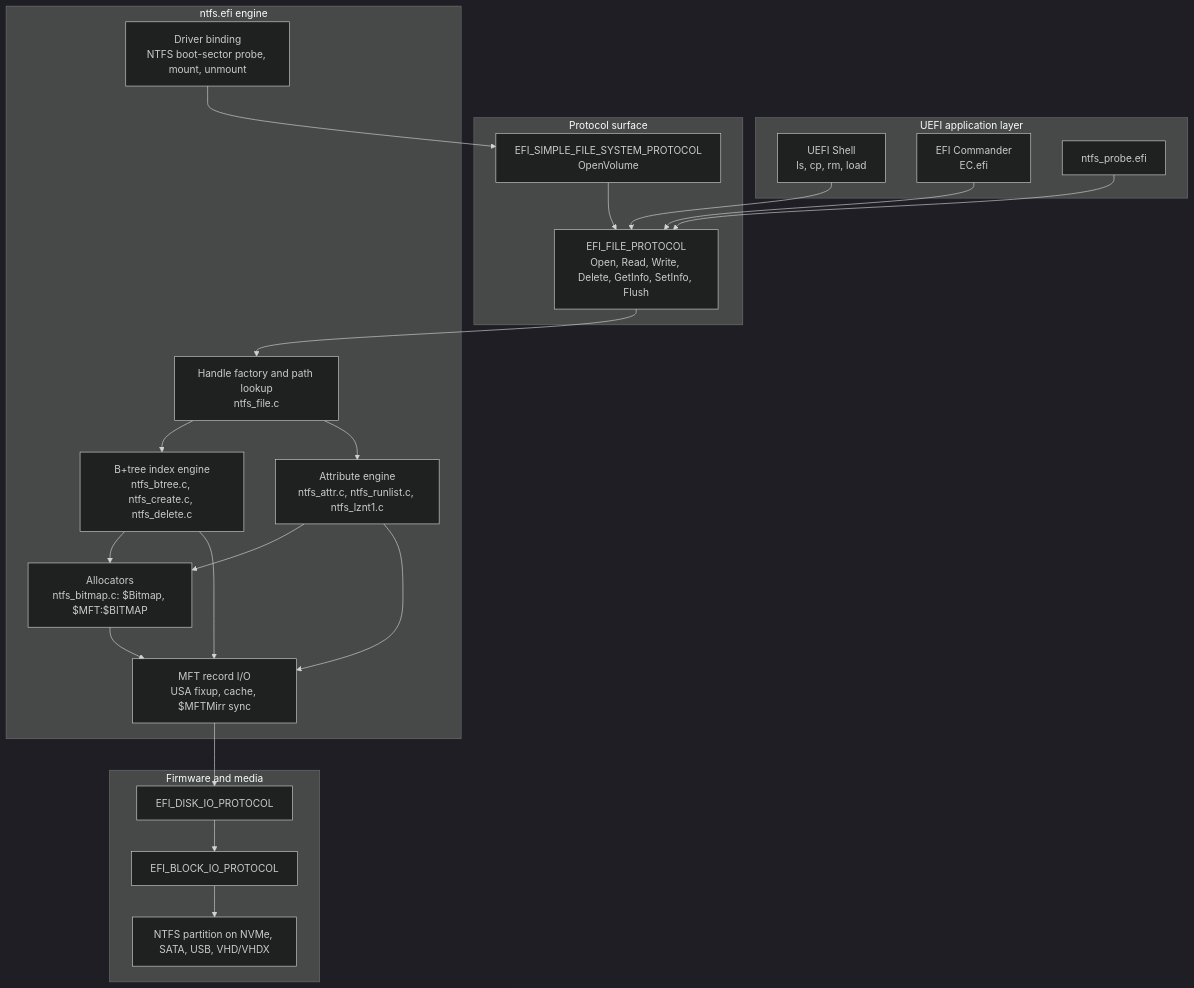
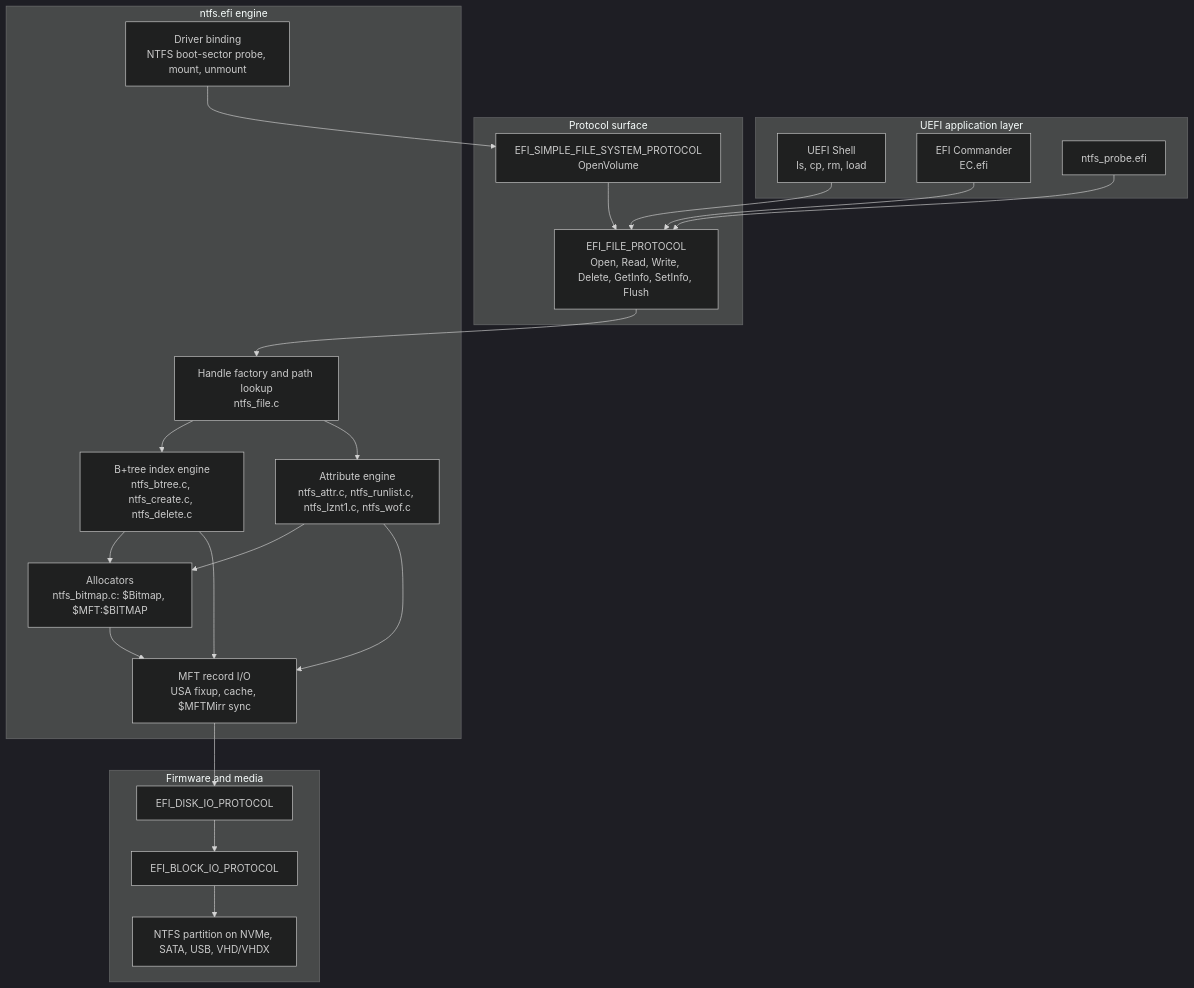
The first of 5 diagrams in README.md (wesmar/NTFS_EFI), drawn with Mermaid (dark theme) before and after one commit. The commit also changed other lines of this file and 21 other files, not shown here.

````diff
--- a/README.md
+++ b/README.md
@@ -111,45 +111,45 @@
 ```mermaid
 flowchart TB
     subgraph APP["UEFI application layer"]
         SHELL["UEFI Shell<br/>ls, cp, rm, load"]
         EC["EFI Commander<br/>EC.efi"]
         PROBE["ntfs_probe.efi"]
     end
 
     subgraph PROTO["Protocol surface"]
         SFSP["EFI_SIMPLE_FILE_SYSTEM_PROTOCOL<br/>OpenVolume"]
         FILE["EFI_FILE_PROTOCOL<br/>Open, Read, Write, Delete, GetInfo, SetInfo, Flush"]
     end
 
     subgraph DRV["ntfs.efi engine"]
         BIND["Driver binding<br/>NTFS boot-sector probe, mount, unmount"]
         HANDLE["Handle factory and path lookup<br/>ntfs_file.c"]
         BTREE["B+tree index engine<br/>ntfs_btree.c, ntfs_create.c, ntfs_delete.c"]
-        ATTR["Attribute engine<br/>ntfs_attr.c, ntfs_runlist.c, ntfs_lznt1.c"]
+        ATTR["Attribute engine<br/>ntfs_attr.c, ntfs_runlist.c, ntfs_lznt1.c, ntfs_wof.c"]
         ALLOC["Allocators<br/>ntfs_bitmap.c: $Bitmap, $MFT:$BITMAP"]
         MFT["MFT record I/O<br/>USA fixup, cache, $MFTMirr sync"]
     end
 
     subgraph FW["Firmware and media"]
         DISKIO["EFI_DISK_IO_PROTOCOL"]
         BLOCKIO["EFI_BLOCK_IO_PROTOCOL"]
         DISK["NTFS partition on NVMe, SATA, USB, VHD/VHDX"]
     end
 
     SHELL --> FILE
     EC --> FILE
     PROBE --> FILE
     SFSP --> FILE
     FILE --> HANDLE
     BIND --> SFSP
     HANDLE --> BTREE
     HANDLE --> ATTR
     BTREE --> ALLOC
     ATTR --> ALLOC
     BTREE --> MFT
     ATTR --> MFT
     ALLOC --> MFT
     MFT --> DISKIO
     DISKIO --> BLOCKIO
     BLOCKIO --> DISK
 ```
````
